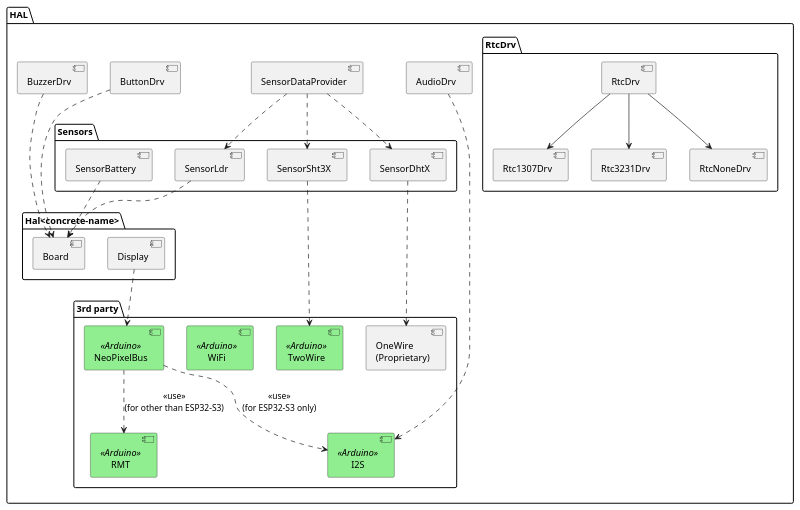
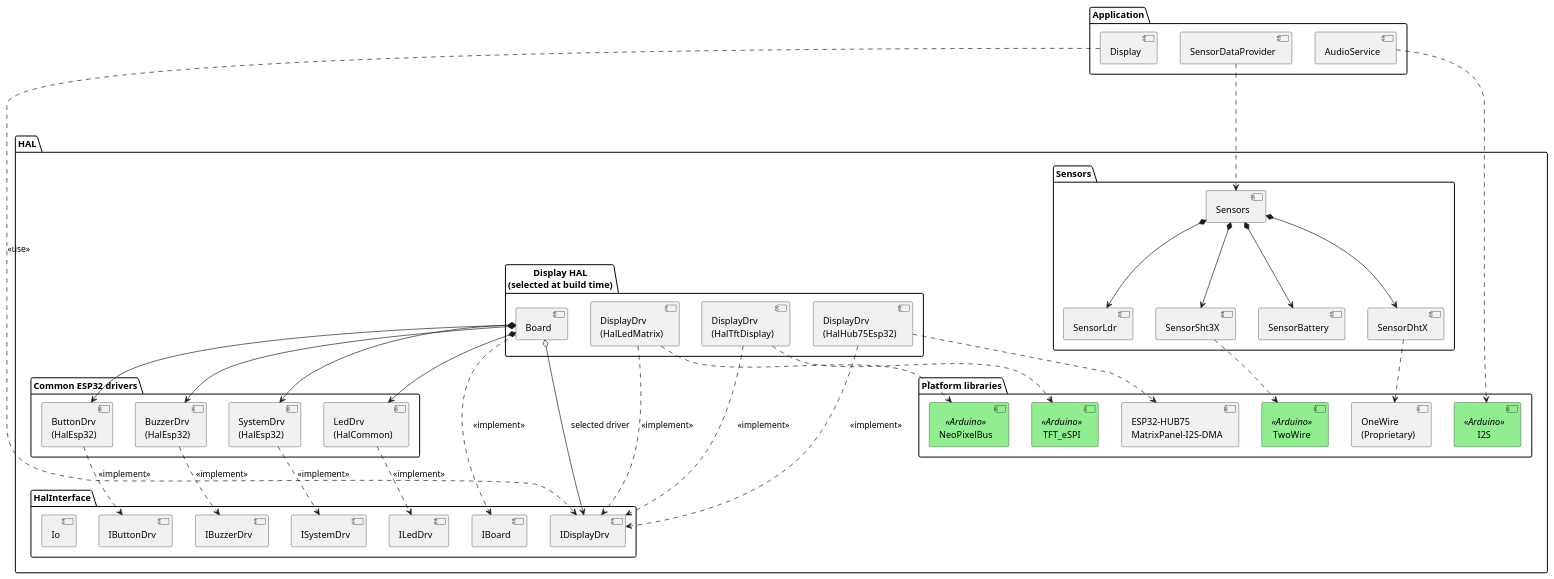
One commit to BlueAndi/Pixelix changed the diagram in doc/architecture/uml/hal_layer.wsd. Above: the diagram before and after it, drawn with PlantUML. The commit also changed 3 other files, not shown here.

Commit message:
Architecture adapted to latest HAL changes.

```diff
--- a/doc/architecture/uml/hal_layer.wsd
+++ b/doc/architecture/uml/hal_layer.wsd
@@ -1,65 +1,86 @@
 @startuml hal_layer
 
 skinparam component {
     BackgroundColor<<Arduino>> Lightgreen
-    BackgroundColor<<Future>> White
 }
 
-package "HAL" as halPckg {
+package "Application" as appPkg {
+    component "Display" as display
+    component "SensorDataProvider" as sensorDataProvider
+    component "AudioService" as audioService
+}
 
-    component "AudioDrv" as audioDrv
-    component "SensorDataProvider" as sensorDataProvider
-    component "ButtonDrv" as buttonDrv
-    component "BuzzerDrv" as buzzerDrv
+package "HAL" as halPkg {
 
-    package "RtcDrv" as rtcDrvPckg {
-        component "Rtc1307Drv" as rtc1307Drv
-        component "Rtc3231Drv" as rtc3231Drv
-        component "RtcNoneDrv" as rtcNoneDrv
-        component "RtcDrv" as rtcDrv
-
-        rtcDrv --> rtc1307Drv
-        rtcDrv --> rtc3231Drv
-        rtcDrv --> rtcNoneDrv
+    package "HalInterface" as halInterfacePkg {
+        component "IBoard" as iBoard
+        component "IDisplayDrv" as iDisplayDrv
+        component "IButtonDrv" as iButtonDrv
+        component "IBuzzerDrv" as iBuzzerDrv
+        component "ILedDrv" as iLedDrv
+        component "ISystemDrv" as iSystemDrv
+        component "Io" as io
     }
 
-    package "Hal<concrete-name>" as halConcretePckg {
-        component "Display" as display
-        component "Board" as board
+    package "Common ESP32 drivers" as commonDriversPkg {
+        component "ButtonDrv\n(HalEsp32)" as buttonDrv
+        component "BuzzerDrv\n(HalEsp32)" as buzzerDrv
+        component "SystemDrv\n(HalEsp32)" as systemDrv
+        component "LedDrv\n(HalCommon)" as ledDrv
     }
 
-    package "3rd party" as hal3rdPartyPckg {
-
-        component "NeoPixelBus" <<Arduino>> as neoPixelBus
-        component "TwoWire" <<Arduino>> as twoWire
-        component "WiFi" <<Arduino>> as wifi
-        component "OneWire\n(Proprietary)" as oneWire
-        component "I2S" <<Arduino>> as i2s
-        component "RMT" <<Arduino>> as rmt
+    package "Display HAL\n(selected at build time)" as displayHalPkg {
+        component "Board" as board
+        component "DisplayDrv\n(HalLedMatrix)" as ledMatrixDisplayDrv
+        component "DisplayDrv\n(HalHub75Esp32)" as hub75DisplayDrv
+        component "DisplayDrv\n(HalTftDisplay)" as tftDisplayDrv
     }
 
-    package "Sensors" as sensorsPckg {
+    package "Sensors" as sensorsPkg {
+        component "Sensors" as sensors
         component "SensorBattery" as sensorBattery
         component "SensorDhtX" as sensorDhtX
         component "SensorLdr" as sensorLdr
         component "SensorSht3X" as sensorSht3X
     }
 
-    display ..> neoPixelBus
-    neoPixelBus ..> rmt: <<use>>\n(for other than ESP32-S3)
-    neoPixelBus ..> i2s: <<use>>\n(for ESP32-S3 only)
+    package "Platform libraries" as platformPkg {
+        component "NeoPixelBus" <<Arduino>> as neoPixelBus
+        component "ESP32-HUB75\nMatrixPanel-I2S-DMA" as hub75Library
+        component "TFT_eSPI" <<Arduino>> as tftEsPi
+        component "TwoWire" <<Arduino>> as twoWire
+        component "OneWire\n(Proprietary)" as oneWire
+        component "I2S" <<Arduino>> as i2s
+    }
 
-    audioDrv .....> i2s
-    sensorDataProvider ..> sensorSht3X
-    sensorDataProvider ..> sensorDhtX
-    sensorDataProvider ..> sensorLdr
-    buttonDrv ...> board
-    buzzerDrv ...> board
+    board ..> iBoard: <<implement>>
+    board *--> buttonDrv
+    board *--> buzzerDrv
+    board *--> systemDrv
+    board *--> ledDrv
+    board o--> iDisplayDrv: selected driver
 
-    sensorBattery ..> board
+    buttonDrv ..> iButtonDrv: <<implement>>
+    buzzerDrv ..> iBuzzerDrv: <<implement>>
+    systemDrv ..> iSystemDrv: <<implement>>
+    ledDrv ..> iLedDrv: <<implement>>
+    ledMatrixDisplayDrv ..> iDisplayDrv: <<implement>>
+    hub75DisplayDrv ..> iDisplayDrv: <<implement>>
+    tftDisplayDrv ..> iDisplayDrv: <<implement>>
+    ledMatrixDisplayDrv ..> neoPixelBus
+    hub75DisplayDrv ..> hub75Library
+    tftDisplayDrv ..> tftEsPi
+
+    sensorDataProvider ..> sensors
+    sensors *--> sensorBattery
+    sensors *--> sensorDhtX
+    sensors *--> sensorLdr
+    sensors *--> sensorSht3X
     sensorSht3X ..> twoWire
     sensorDhtX ..> oneWire
-    sensorLdr ..> board
+
+    display ..> iDisplayDrv: <<use>>
+    audioService .....> i2s
 }
 
 @enduml
```
